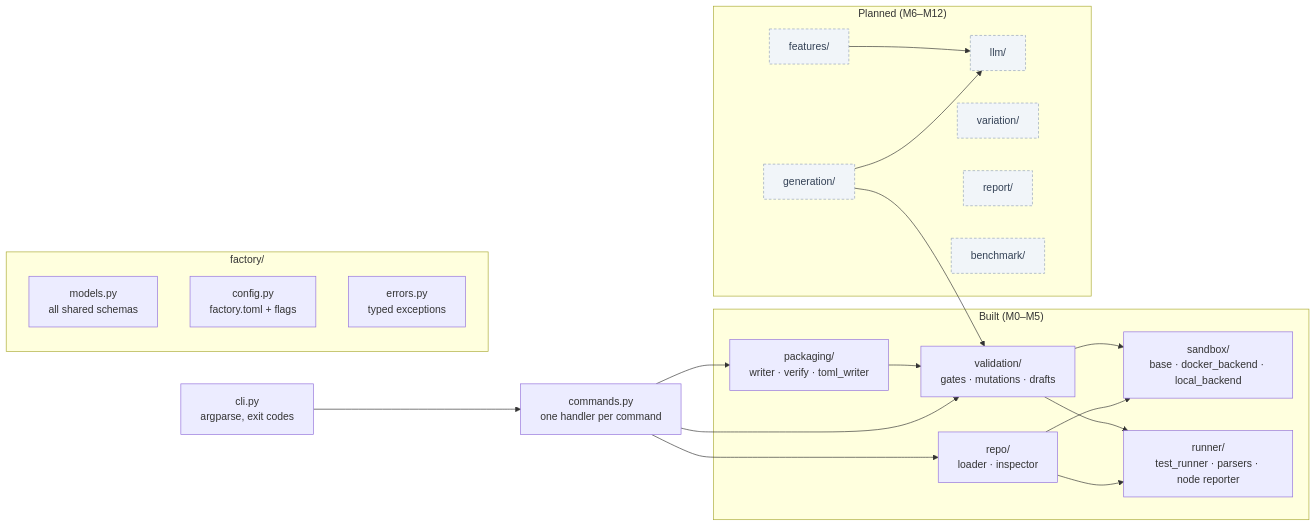
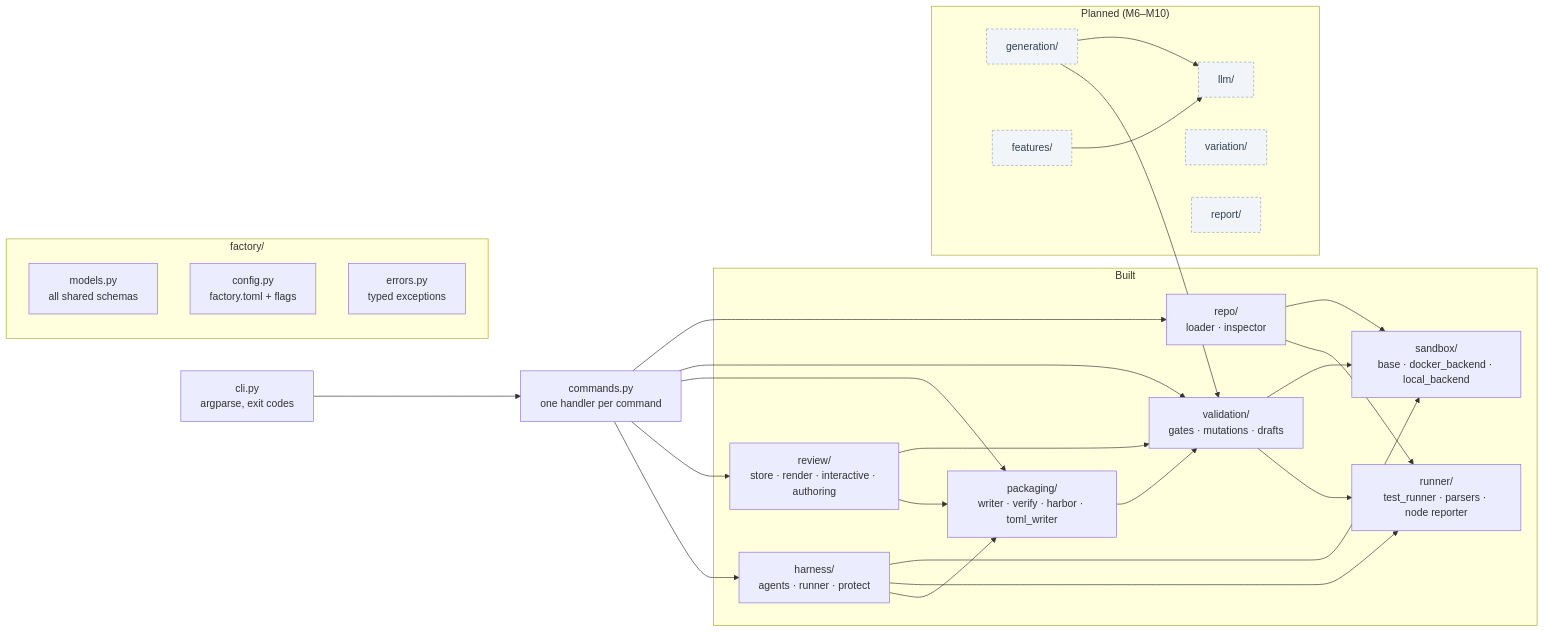
One commit to sreenivasivbieb/task-factory changed the second of 13 diagrams in docs/design.md. Above: the diagram before and after it, drawn with Mermaid. The commit also changed other lines of this file and 25 other files, not shown here.

First line of the commit message:
Human review, own tasks, coding harness and Harbor export

````diff
--- a/docs/design.md
+++ b/docs/design.md
@@ -107,37 +129,40 @@
 ```mermaid
 flowchart LR
     CLI["cli.py<br/>argparse, exit codes"] --> CMD["commands.py<br/>one handler per command"]
 
     subgraph core["factory/"]
         MOD["models.py<br/>all shared schemas"]
         CFG["config.py<br/>factory.toml + flags"]
         ERR["errors.py<br/>typed exceptions"]
     end
 
-    subgraph built["Built (M0–M5)"]
+    subgraph built["Built"]
         SB["sandbox/<br/>base · docker_backend · local_backend"]
         RP["repo/<br/>loader · inspector"]
         RN["runner/<br/>test_runner · parsers · node reporter"]
         VA["validation/<br/>gates · mutations · drafts"]
-        PK["packaging/<br/>writer · verify · toml_writer"]
+        PK["packaging/<br/>writer · verify · harbor · toml_writer"]
+        RV["review/<br/>store · render · interactive · authoring"]
+        HN["harness/<br/>agents · runner · protect"]
     end
 
-    subgraph planned["Planned (M6–M12)"]
+    subgraph planned["Planned (M6–M10)"]
         LLM["llm/"]
         GE["generation/"]
         FE["features/"]
         VR["variation/"]
         RE["report/"]
-        BE["benchmark/"]
     end
 
-    CMD --> RP & VA & PK
+    CMD --> RP & VA & PK & RV & HN
     RP --> SB & RN
     VA --> SB & RN
     PK --> VA
+    RV --> VA & PK
+    HN --> SB & RN & PK
     GE --> LLM & VA
     FE --> LLM
 
     classDef plan fill:#f1f5f9,stroke:#94a3b8,color:#334155,stroke-dasharray: 4 3;
-    class LLM,GE,FE,VR,RE,BE plan;
+    class LLM,GE,FE,VR,RE plan;
 ```
````
